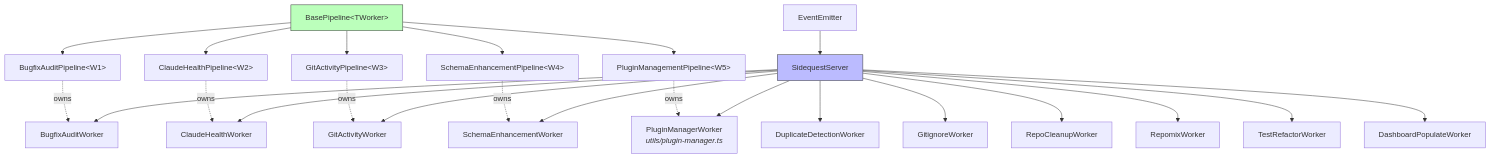
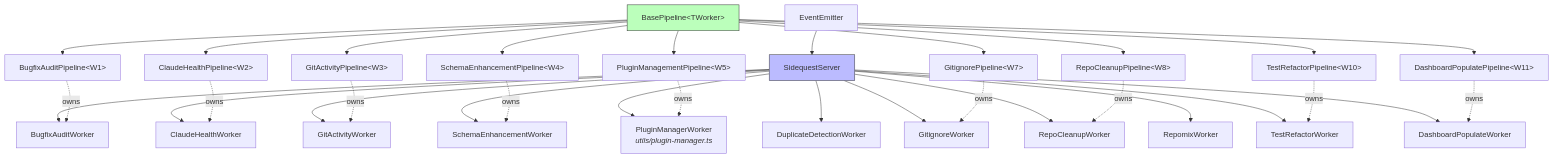
Before and after one commit to integritystudio/AlephAuto: the second of 15 diagrams in docs/architecture/pipeline-data-flow.md, drawn with Mermaid. The commit also changed other lines of this file, not shown here.

First line of the commit message:
docs(pipeline-data-flow): reflect BasePipeline migration for 4 pipelines

````diff
--- a/docs/architecture/pipeline-data-flow.md
+++ b/docs/architecture/pipeline-data-flow.md
@@ -158,30 +161,38 @@
 ```mermaid
 graph TB
     EE[EventEmitter] --> SS[SidequestServer]
     SS --> W1[BugfixAuditWorker]
     SS --> W2[ClaudeHealthWorker]
     SS --> W3[GitActivityWorker]
     SS --> W4[SchemaEnhancementWorker]
     SS --> W5["PluginManagerWorker<br/><i>utils/plugin-manager.ts</i>"]
     SS --> W6[DuplicateDetectionWorker]
     SS --> W7[GitignoreWorker]
     SS --> W8[RepoCleanupWorker]
     SS --> W9[RepomixWorker]
     SS --> W10[TestRefactorWorker]
     SS --> W11[DashboardPopulateWorker]
 
     BP["BasePipeline&lt;TWorker&gt;"] --> P1["BugfixAuditPipeline&lt;W1&gt;"]
     BP --> P2["ClaudeHealthPipeline&lt;W2&gt;"]
     BP --> P3["GitActivityPipeline&lt;W3&gt;"]
     BP --> P4["PluginManagementPipeline&lt;W5&gt;"]
     BP --> P5["SchemaEnhancementPipeline&lt;W4&gt;"]
+    BP --> P6["DashboardPopulatePipeline&lt;W11&gt;"]
+    BP --> P7["GitignorePipeline&lt;W7&gt;"]
+    BP --> P8["RepoCleanupPipeline&lt;W8&gt;"]
+    BP --> P9["TestRefactorPipeline&lt;W10&gt;"]
 
     P1 -.->|owns| W1
     P2 -.->|owns| W2
     P3 -.->|owns| W3
     P4 -.->|owns| W5
     P5 -.->|owns| W4
+    P6 -.->|owns| W11
+    P7 -.->|owns| W7
+    P8 -.->|owns| W8
+    P9 -.->|owns| W10
 
     style SS fill:#bbf,stroke:#333
     style BP fill:#bfb,stroke:#333
 ```
````
